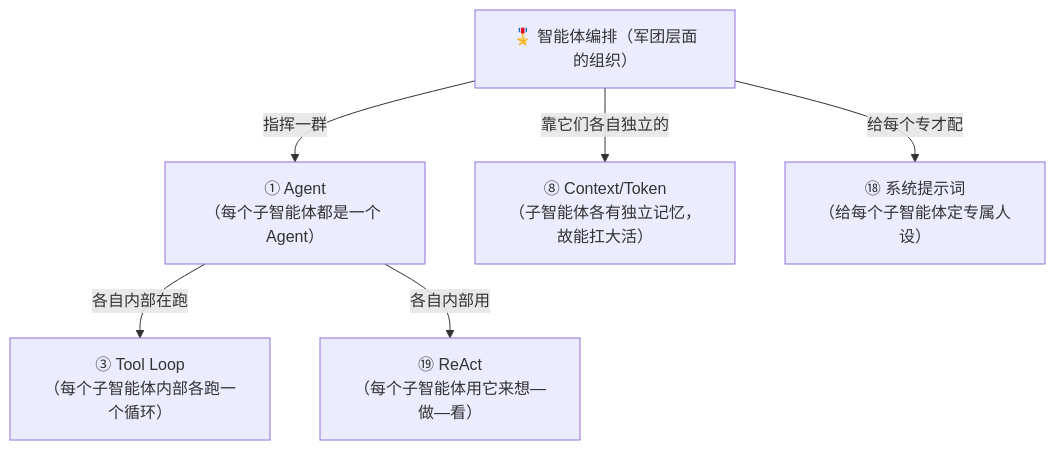
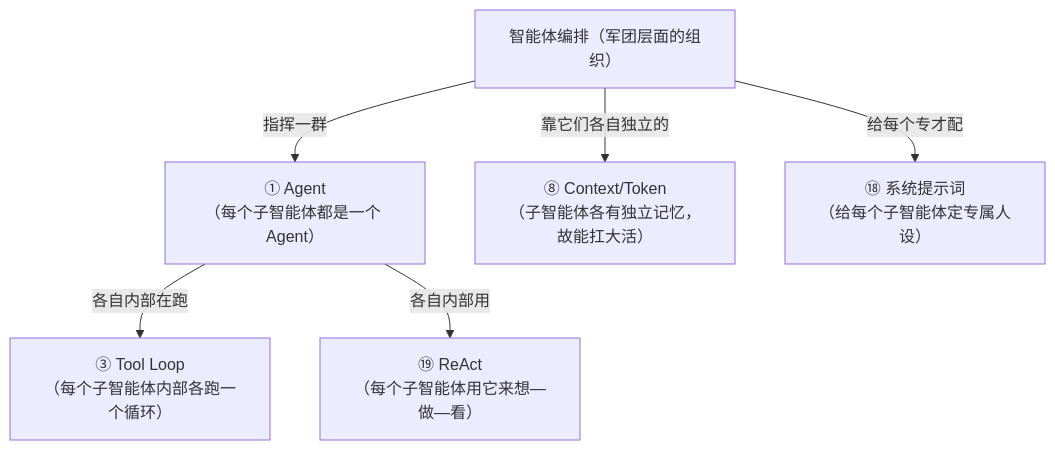
The sixth of 6 diagrams in docs/02_CONCEPTS_概念入门/CONCEPT/[CONCEPT-20] 什么是智能体编排-Orchestration.md (luckykhy/KhyAiHub), drawn with Mermaid before and after one commit. The commit also changed other lines of this file, not shown here.

````diff
--- a/docs/02_CONCEPTS_概念入门/CONCEPT/[CONCEPT-20] 什么是智能体编排-Orchestration.md
+++ b/docs/02_CONCEPTS_概念入门/CONCEPT/[CONCEPT-20] 什么是智能体编排-Orchestration.md
@@ -283,14 +283,14 @@
 ```mermaid
 flowchart TB
-  ORCH["🎖️ 智能体编排（军团层面的组织）"]
+  ORCH["智能体编排（军团层面的组织）"]
   AGENT["① Agent<br/>（每个子智能体都是一个 Agent）"]
   TL["③ Tool Loop<br/>（每个子智能体内部各跑一个循环）"]
   CTX["⑧ Context/Token<br/>（子智能体各有独立记忆，故能扛大活）"]
   REACT["⑲ ReAct<br/>（每个子智能体用它来想—做—看）"]
   SYS["⑱ 系统提示词<br/>（给每个子智能体定专属人设）"]
   ORCH -->|"指挥一群"| AGENT
   AGENT -->|"各自内部在跑"| TL
   AGENT -->|"各自内部用"| REACT
   ORCH -->|"靠它们各自独立的"| CTX
   ORCH -->|"给每个专才配"| SYS
 ```
````
